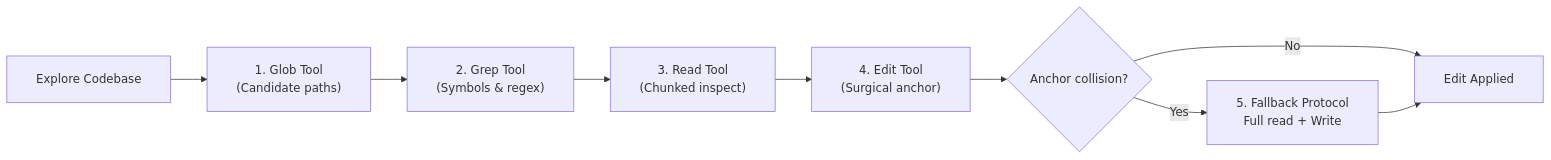
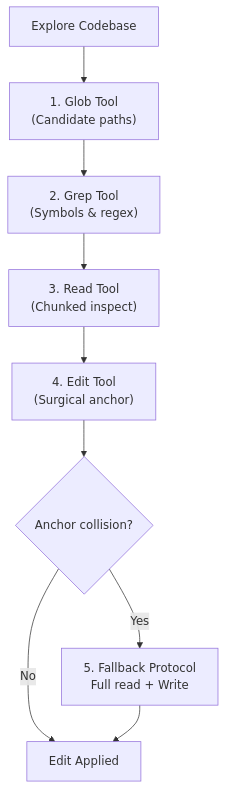
Before and after one commit to dip4k/claude_cert_architect_foundation_prep: the second of 6 diagrams in EXAM_REFRESHER.md, drawn with Mermaid. The commit also changed other lines of this file and 31 other files, not shown here.

First line of the commit message:
docs(diagrams): fix GitHub Mermaid rendering cut-off, wrappingWidth, and entity escapes across all 32 docs

````diff
--- a/EXAM_REFRESHER.md
+++ b/EXAM_REFRESHER.md
@@ -150,12 +150,12 @@
 ```mermaid
-%%{init: {"flowchart": {"htmlLabels": true, "padding": 20}}}%%
-flowchart LR
+%%{init: {"flowchart": {"htmlLabels": true, "wrappingWidth": 250}}}%%
+flowchart TD
     Start["Explore Codebase"] --> Glob["1. Glob Tool<br/>(Candidate paths)"]
     Glob --> Grep["2. Grep Tool<br/>(Symbols & regex)"]
     Grep --> Read["3. Read Tool<br/>(Chunked inspect)"]
     Read --> Edit["4. Edit Tool<br/>(Surgical anchor)"]
     Edit --> Collision{"Anchor collision?"}
     Collision -- "No" --> Done["Edit Applied"]
     Collision -- "Yes" --> Fallback["5. Fallback Protocol<br/>Full read + Write"]
     Fallback --> Done
 ```
````
